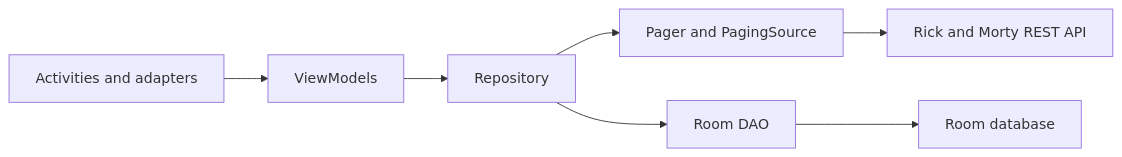
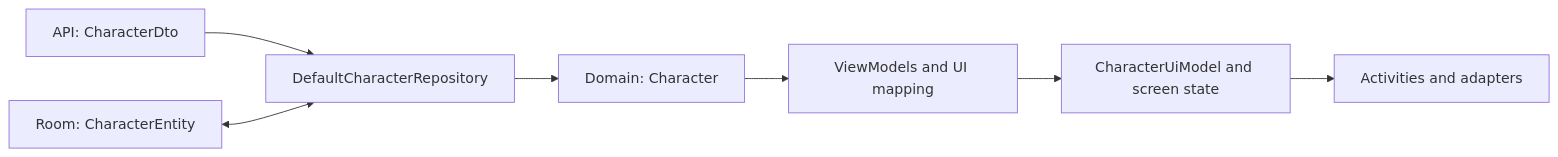
One commit to GetRighhttt/Rick-and-Morty changed the diagram in README.md. Above: the diagram before and after it, drawn with Mermaid. The commit also changed other lines of this file and 65 other files, not shown here.

First line of the commit message:
Separate character models and clean up the UI

````diff
--- a/README.md
+++ b/README.md
@@ -38,9 +52,9 @@
 ```mermaid
 flowchart LR
-    UI["Activities and adapters"] --> VM["ViewModels"]
-    VM --> REPO["Repository"]
-    REPO --> PAGER["Pager and PagingSource"]
-    PAGER --> API["Rick and Morty REST API"]
-    REPO --> DAO["Room DAO"]
-    DAO --> DB["Room database"]
+    API["API: CharacterDto"] --> REPO["DefaultCharacterRepository"]
+    DB["Room: CharacterEntity"] <--> REPO
+    REPO --> DOMAIN["Domain: Character"]
+    DOMAIN --> VM["ViewModels and UI mapping"]
+    VM --> UI["CharacterUiModel and screen state"]
+    UI --> VIEWS["Activities and adapters"]
 ```
````
